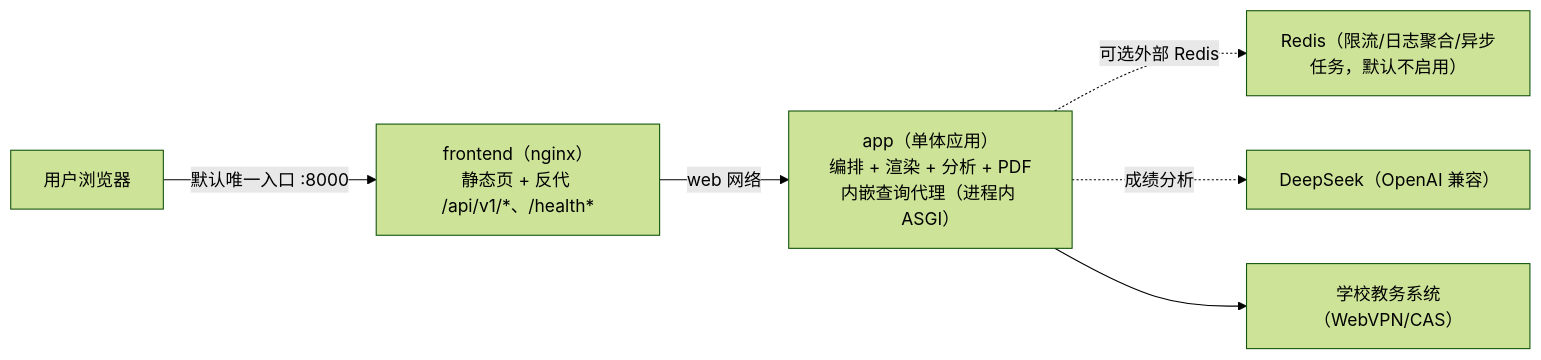
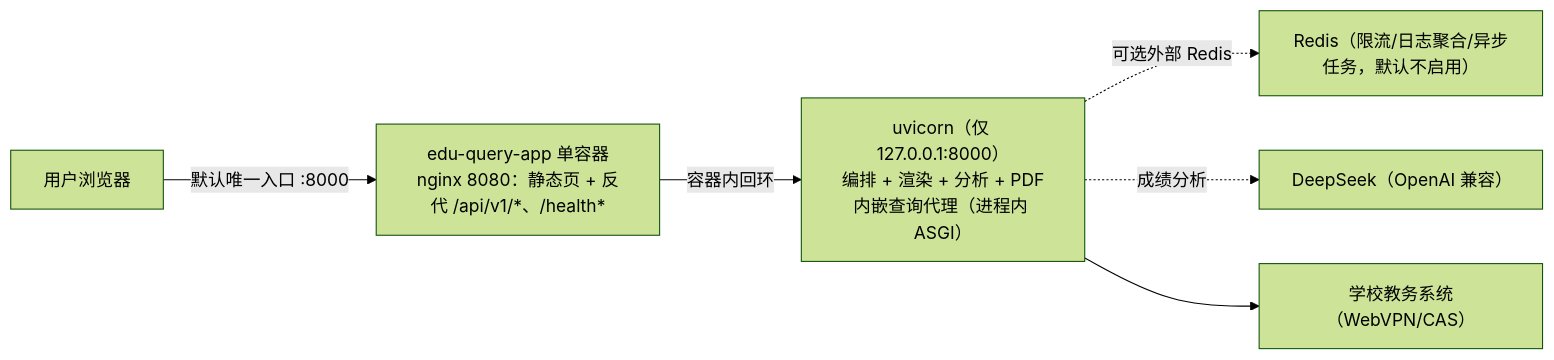
Before and after one commit to Lzf07123/Stpt-Query: the diagram in README.md, drawn with Mermaid (forest theme). The commit also changed other lines of this file and 17 other files, not shown here.

````diff
--- a/README.md
+++ b/README.md
@@ -63,8 +63,8 @@
 ```mermaid
 flowchart LR
-    U[用户浏览器] -->|默认唯一入口 :8000| F["frontend（nginx）<br/>静态页 + 反代 /api/v1/*、/health*"]
-    F -->|web 网络| S["app（单体应用）<br/>编排 + 渲染 + 分析 + PDF<br/>内嵌查询代理（进程内 ASGI）"]
+    U[用户浏览器] -->|默认唯一入口 :8000| F["edu-query-app 单容器<br/>nginx 8080：静态页 + 反代 /api/v1/*、/health*"]
+    F -->|容器内回环| S["uvicorn（仅 127.0.0.1:8000）<br/>编排 + 渲染 + 分析 + PDF<br/>内嵌查询代理（进程内 ASGI）"]
     S -.可选外部 Redis.-> R["Redis（限流/日志聚合/异步任务，默认不启用）"]
     S -.成绩分析.-> L["DeepSeek（OpenAI 兼容）"]
     S --> U2["学校教务系统（WebVPN/CAS）"]
 ```
````
